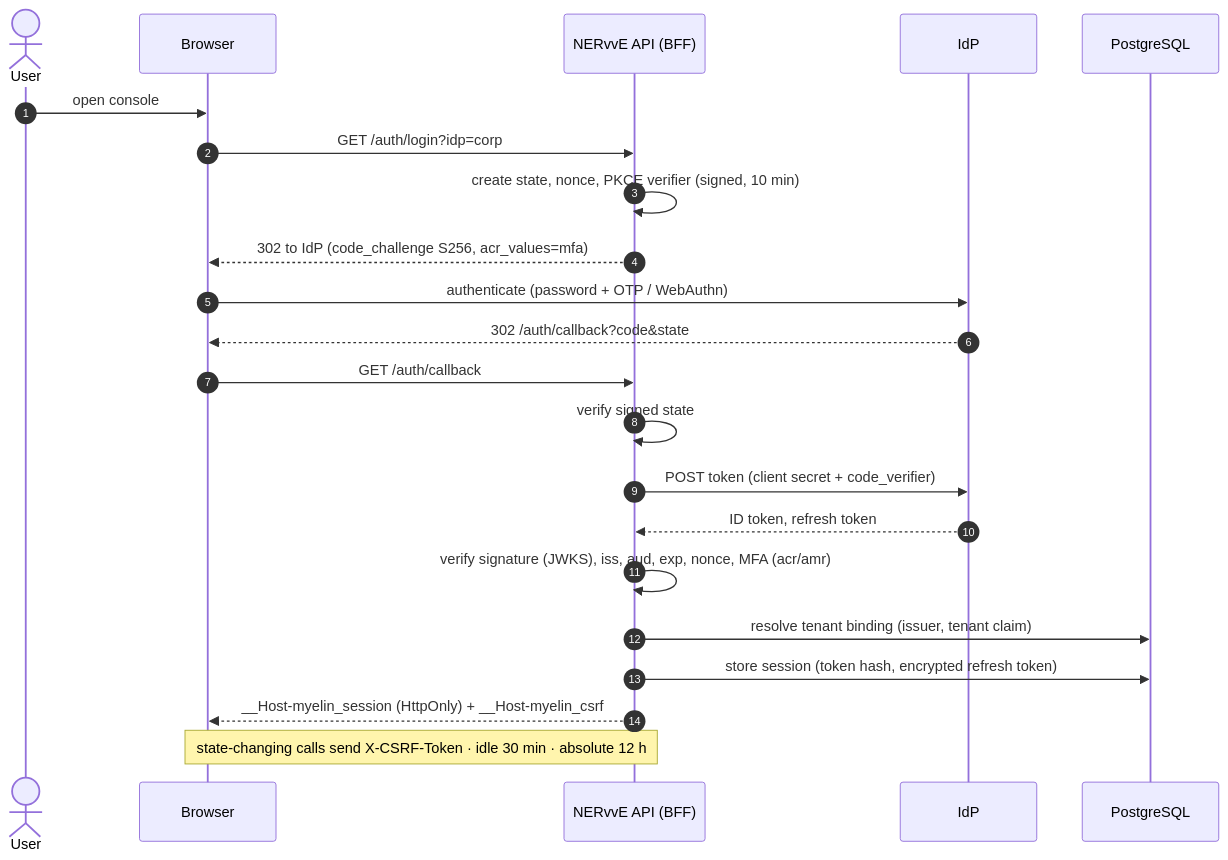
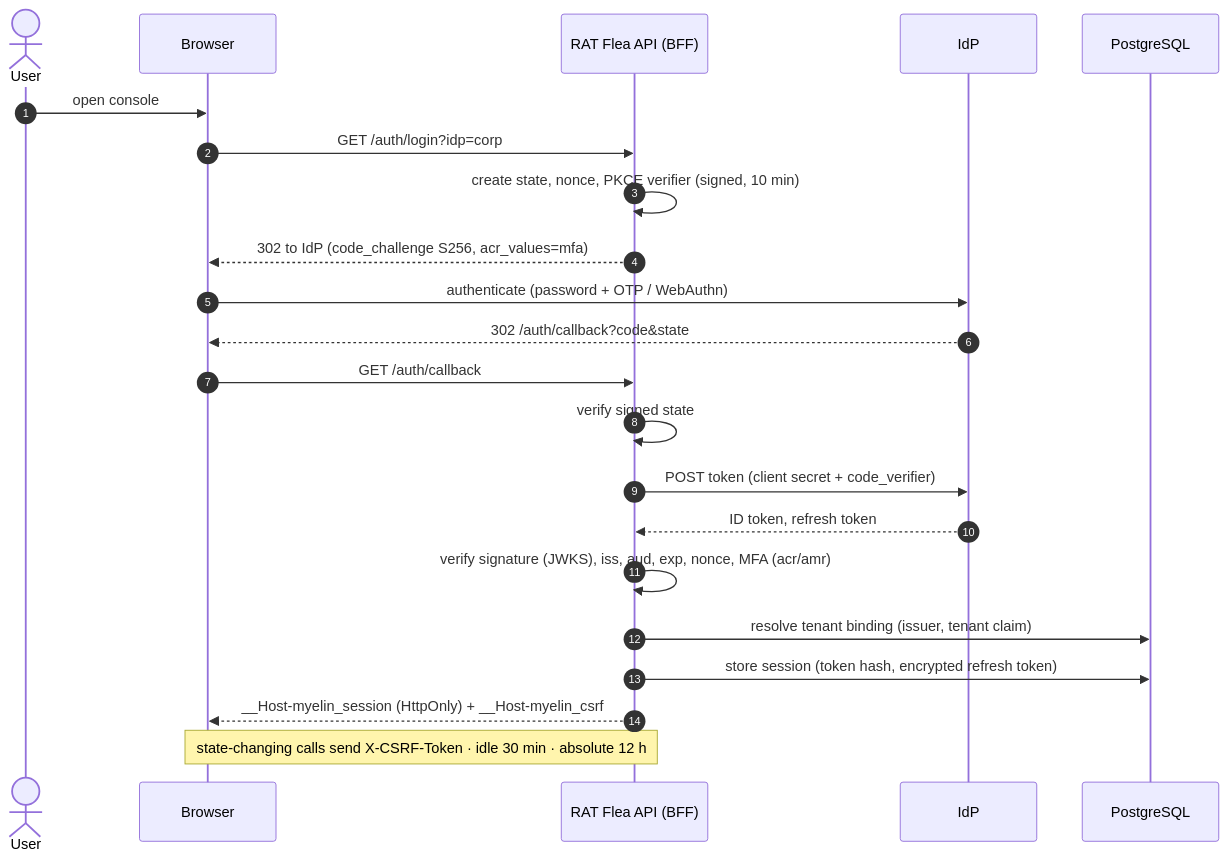
One commit to sudheerkumard/nerve-myelin-DevSec changed the diagram in docs/enterprise/diagrams/06-auth-sequence.mmd. Above: the diagram before and after it, drawn with Mermaid. The commit also changed 234 other files, not shown here.

Commit message:
Rebrand product as RAT Flea DevSec

```diff
--- a/docs/enterprise/diagrams/06-auth-sequence.mmd
+++ b/docs/enterprise/diagrams/06-auth-sequence.mmd
@@ -1,22 +1,22 @@
 sequenceDiagram
   autonumber
   actor U as User
   participant B as Browser
-  participant M as NERvvE API (BFF)
+  participant M as RAT Flea API (BFF)
   participant I as IdP
   participant DB as PostgreSQL
   U->>B: open console
   B->>M: GET /auth/login?idp=corp
   M->>M: create state, nonce, PKCE verifier (signed, 10 min)
   M-->>B: 302 to IdP (code_challenge S256, acr_values=mfa)
   B->>I: authenticate (password + OTP / WebAuthn)
   I-->>B: 302 /auth/callback?code&state
   B->>M: GET /auth/callback
   M->>M: verify signed state
   M->>I: POST token (client secret + code_verifier)
   I-->>M: ID token, refresh token
   M->>M: verify signature (JWKS), iss, aud, exp, nonce, MFA (acr/amr)
   M->>DB: resolve tenant binding (issuer, tenant claim)
   M->>DB: store session (token hash, encrypted refresh token)
   M-->>B: __Host-myelin_session (HttpOnly) + __Host-myelin_csrf
   Note over B,M: state-changing calls send X-CSRF-Token · idle 30 min · absolute 12 h
```
